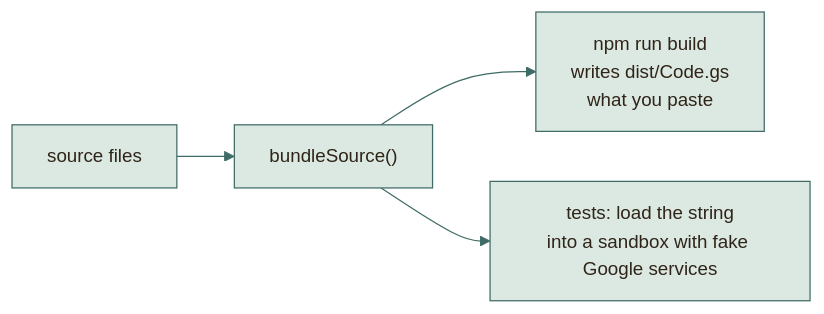
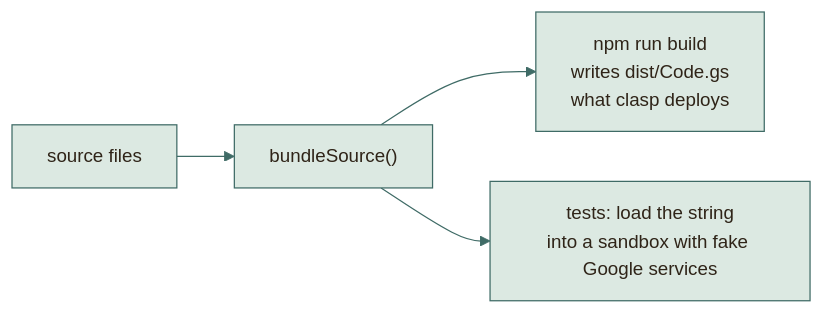
The fourth of 4 diagrams in docs/architecture/BUILD-PIPELINE.md (moyeh04/forms-platform), drawn with Mermaid before and after one commit. The commit also changed other lines of this file and 14 other files, not shown here.

````diff
--- a/docs/architecture/BUILD-PIPELINE.md
+++ b/docs/architecture/BUILD-PIPELINE.md
@@ -227,34 +227,34 @@
 ```mermaid
 %%{init: {
   'theme': 'base',
   'themeVariables': {
     'fontFamily': 'ui-sans-serif, system-ui, -apple-system, Segoe UI, Roboto, sans-serif',
     'fontSize': '15px',
     'primaryColor': '#DCE9E2', 'primaryBorderColor': '#3F6B66', 'primaryTextColor': '#2F2418',
     'secondaryColor': '#F0E4C8', 'secondaryBorderColor': '#C9A24A', 'secondaryTextColor': '#2F2418',
     'tertiaryColor': '#F6EFDC', 'tertiaryBorderColor': '#CDBB94', 'tertiaryTextColor': '#2F2418',
     'lineColor': '#3F6B66', 'textColor': '#2F2418', 'mainBkg': '#DCE9E2', 'nodeBorder': '#3F6B66',
     'clusterBkg': '#F6EFDC', 'clusterBorder': '#CDBB94', 'titleColor': '#2F2418',
     'edgeLabelBackground': '#F8F1DD',
     'actorBkg': '#DCE9E2', 'actorBorder': '#3F6B66', 'actorTextColor': '#2F2418', 'actorLineColor': '#8FB3AB',
     'signalColor': '#477A73', 'signalTextColor': '#477A73',
     'labelBoxBkgColor': '#F0E4C8', 'labelBoxBorderColor': '#C9A24A', 'labelTextColor': '#2F2418', 'loopTextColor': '#6A5A44',
     'noteBkgColor': '#FBEFC9', 'noteBorderColor': '#C9A24A', 'noteTextColor': '#2F2418',
     'activationBkgColor': '#DCE9E2', 'activationBorderColor': '#3F6B66', 'sequenceNumberColor': '#F8F1DD',
     'transitionColor': '#3F6B66', 'stateLabelColor': '#2F2418', 'stateBkg': '#DCE9E2', 'altBackground': '#F6EFDC',
     'attributeBackgroundColorOdd': '#F8F1DD', 'attributeBackgroundColorEven': '#F0E4C8'
   },
   'flowchart': {'curve': 'basis', 'padding': 14, 'nodeSpacing': 40, 'rankSpacing': 46},
   'sequence': {'mirrorActors': false, 'messageMargin': 34, 'boxMargin': 8}
 }}%%
 flowchart LR
     src["source files"] --> bs["bundleSource()"]
-    bs --> disk["npm run build<br/>writes dist/Code.gs<br/>what you paste"]
+    bs --> disk["npm run build<br/>writes dist/Code.gs<br/>what clasp deploys"]
     bs --> sandbox["tests: load the string<br/>into a sandbox with fake Google services"]
     classDef cDb fill:#F3E2B3,stroke:#B8892D,stroke-width:1.5px,color:#2F2418
     classDef cActor fill:#F4D9D3,stroke:#9A3328,stroke-width:1.5px,color:#2F2418
     classDef cDec fill:#FBEFC9,stroke:#C9A24A,stroke-width:1.5px,color:#2F2418
     classDef cEnd fill:#2F2418,stroke:#2F2418,color:#F8F1DD
     classDef cErr fill:#F6D5CF,stroke:#A12B1F,stroke-width:1.5px,color:#5A140C
     classDef cOk fill:#BFD9CF,stroke:#2E5A55,stroke-width:1.5px,color:#17302D
 ```
````
